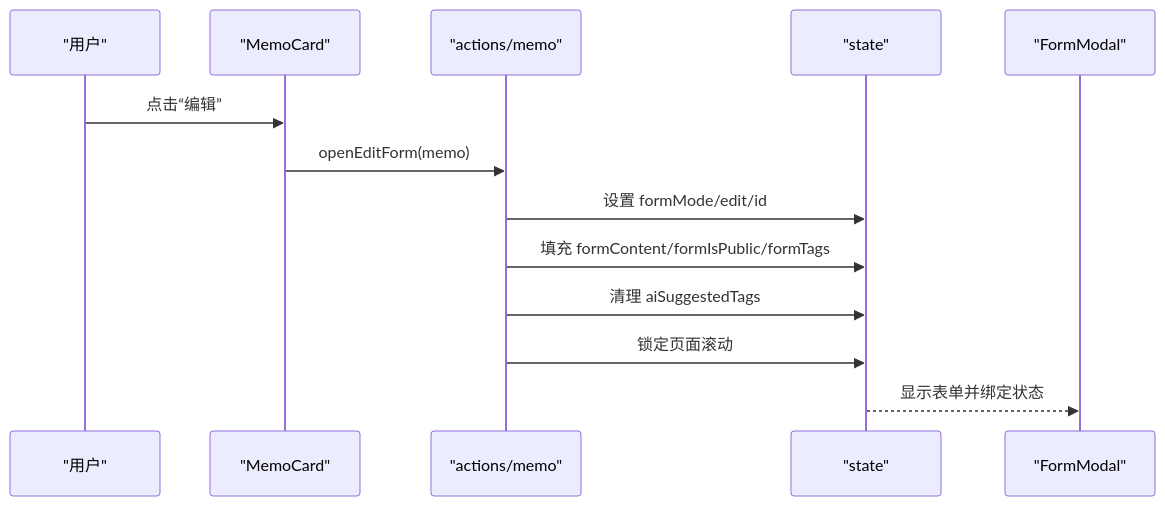
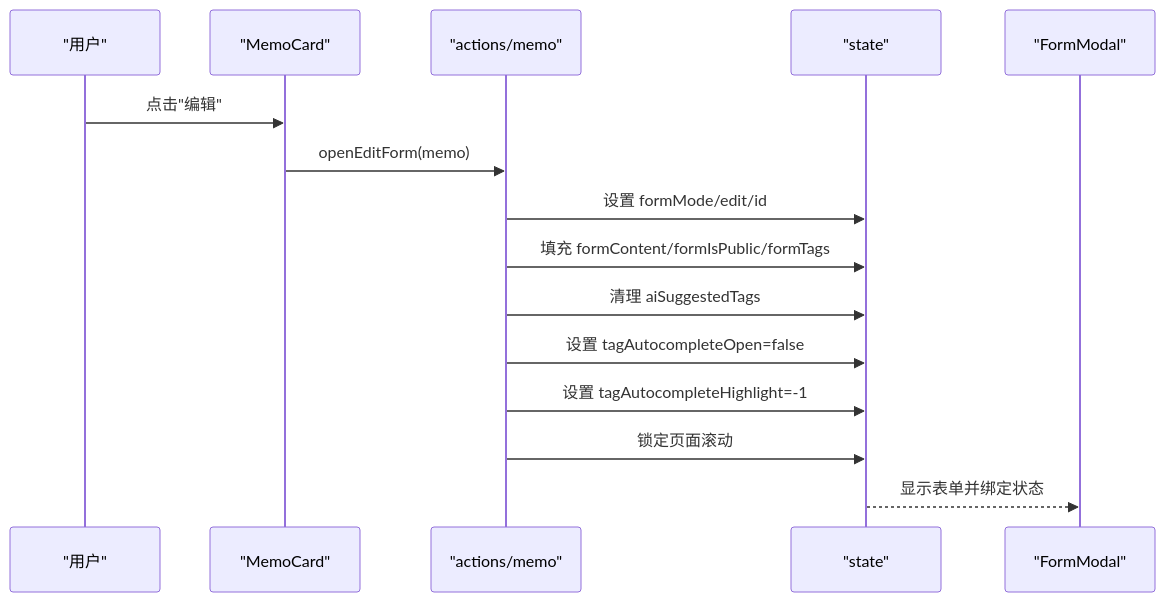
Before and after one commit to BlackBoxRecorder/memos: the fifth of 8 diagrams in .qoder/repowiki/zh/content/前端应用/Admin管理界面/备忘录管理.md, drawn with Mermaid. The commit also changed other lines of this file and 30 other files, not shown here.

````diff
--- a/.qoder/repowiki/zh/content/前端应用/Admin管理界面/备忘录管理.md
+++ b/.qoder/repowiki/zh/content/前端应用/Admin管理界面/备忘录管理.md
@@ -237,15 +292,17 @@
 ```mermaid
 sequenceDiagram
 participant U as "用户"
 participant C as "MemoCard"
 participant A as "actions/memo"
 participant S as "state"
 participant F as "FormModal"
-U->>C : 点击“编辑”
+U->>C : 点击"编辑"
 C->>A : openEditForm(memo)
 A->>S : 设置 formMode/edit/id
 A->>S : 填充 formContent/formIsPublic/formTags
 A->>S : 清理 aiSuggestedTags
+A->>S : 设置 tagAutocompleteOpen=false
+A->>S : 设置 tagAutocompleteHighlight=-1
 A->>S : 锁定页面滚动
 S-->>F : 显示表单并绑定状态
 ```
````
